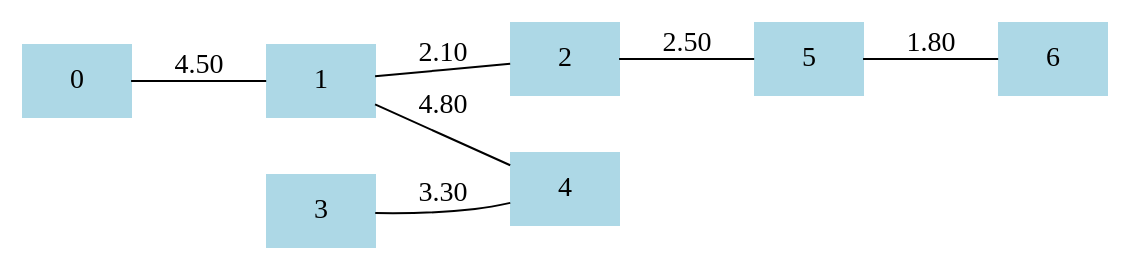
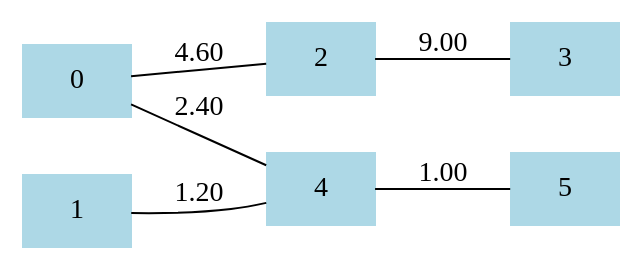
Before and after one commit to piotogomes/SI: the diagram in AED/AED_2/EPs/grafo.dot, drawn with Graphviz. The commit also changed 6 other files, not shown here.

```diff
--- a/AED/AED_2/EPs/grafo.dot
+++ b/AED/AED_2/EPs/grafo.dot
@@ -1,15 +1,13 @@
 strict graph G { rankdir=LR; node [shape=rect, style=filled, color=lightblue];
 
-0 -- 1 [label=4.50];
-1 -- 0 [label=4.50];
-1 -- 2 [label=2.10];
-1 -- 4 [label=4.80];
-2 -- 1 [label=2.10];
-2 -- 5 [label=2.50];
-3 -- 4 [label=3.30];
-4 -- 1 [label=4.80];
-4 -- 3 [label=3.30];
-5 -- 2 [label=2.50];
-5 -- 6 [label=1.80];
-6 -- 5 [label=1.80];
+0 -- 4 [label=2.40];
+0 -- 2 [label=4.60];
+1 -- 4 [label=1.20];
+2 -- 3 [label=9.00];
+2 -- 0 [label=4.60];
+3 -- 2 [label=9.00];
+4 -- 5 [label=1.00];
+4 -- 0 [label=2.40];
+4 -- 1 [label=1.20];
+5 -- 4 [label=1.00];
 }
```
